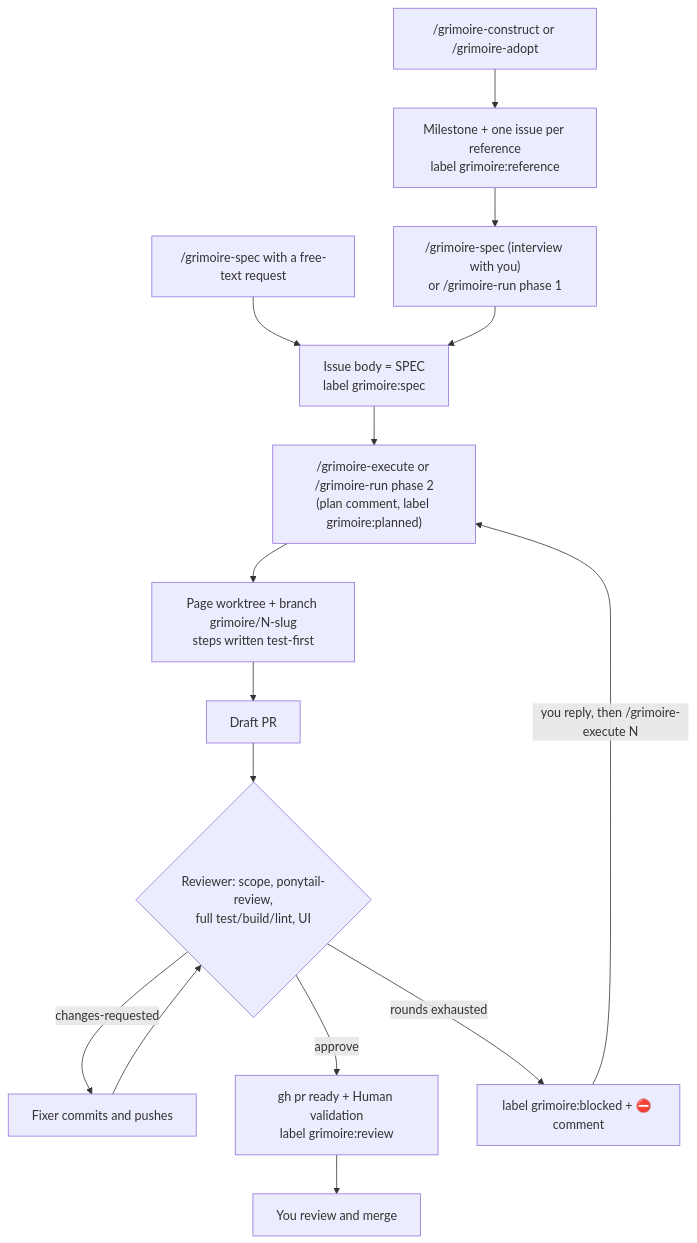
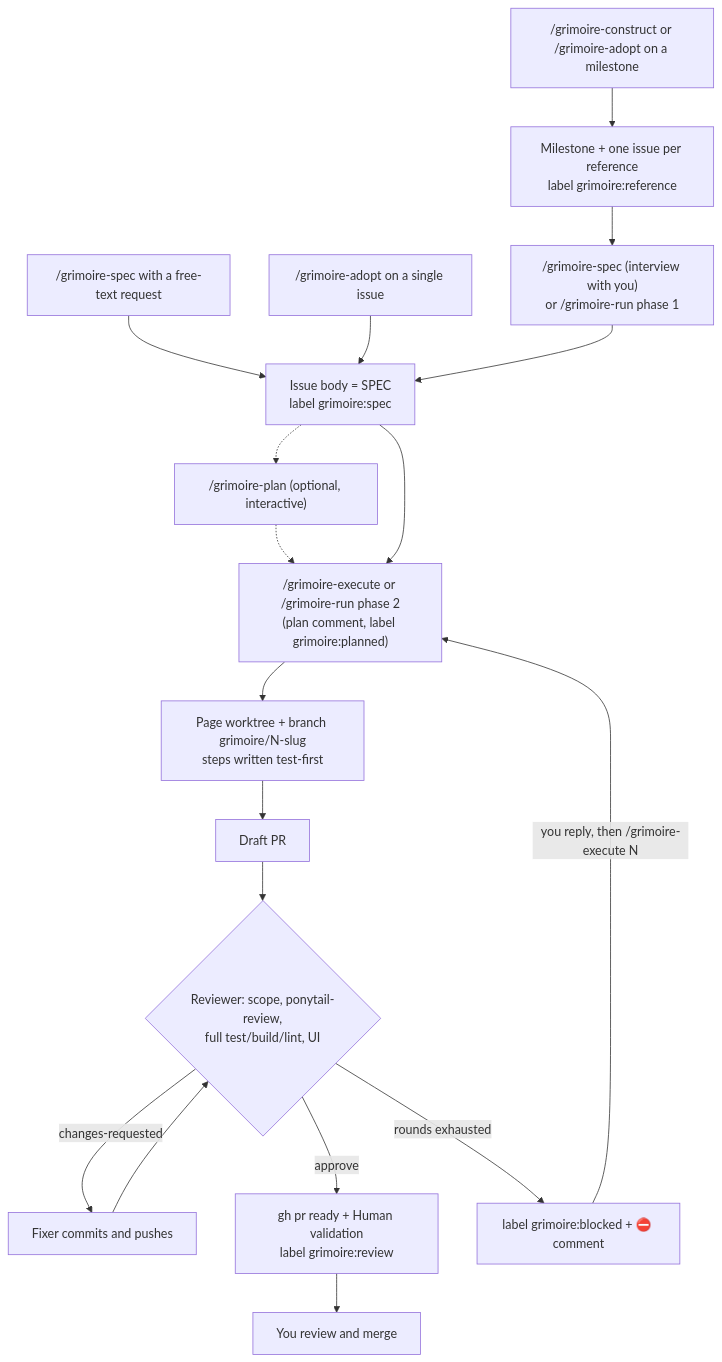
Before and after one commit to ojcezarferreira/Grimoire: the first of 2 diagrams in README.md, drawn with Mermaid. The commit also changed other lines of this file and 1 other file, not shown here.

````diff
--- a/README.md
+++ b/README.md
@@ -224,17 +224,20 @@
 ```mermaid
 flowchart TD
-    C["/grimoire-construct or /grimoire-adopt"] --> M["Milestone + one issue per reference<br/>label grimoire:reference"]
+    C["/grimoire-construct or /grimoire-adopt on a milestone"] --> M["Milestone + one issue per reference<br/>label grimoire:reference"]
     M --> S["/grimoire-spec (interview with you)<br/>or /grimoire-run phase 1"]
     Q["/grimoire-spec with a free-text request"] --> I
+    A["/grimoire-adopt on a single issue"] --> I
     S --> I["Issue body = SPEC<br/>label grimoire:spec"]
+    I -.-> P["/grimoire-plan (optional, interactive)"]
+    P -.-> X
     I --> X["/grimoire-execute or /grimoire-run phase 2<br/>(plan comment, label grimoire:planned)"]
     X --> W["Page worktree + branch grimoire/N-slug<br/>steps written test-first"]
     W --> D["Draft PR"]
     D --> R{"Reviewer: scope, ponytail-review,<br/>full test/build/lint, UI"}
     R -->|changes-requested| F["Fixer commits and pushes"]
     F --> R
     R -->|approve| Y["gh pr ready + Human validation<br/>label grimoire:review"]
     R -->|rounds exhausted| B["label grimoire:blocked + ⛔ comment"]
     Y --> H["You review and merge"]
     B -->|you reply, then /grimoire-execute N| X
 ```
````
